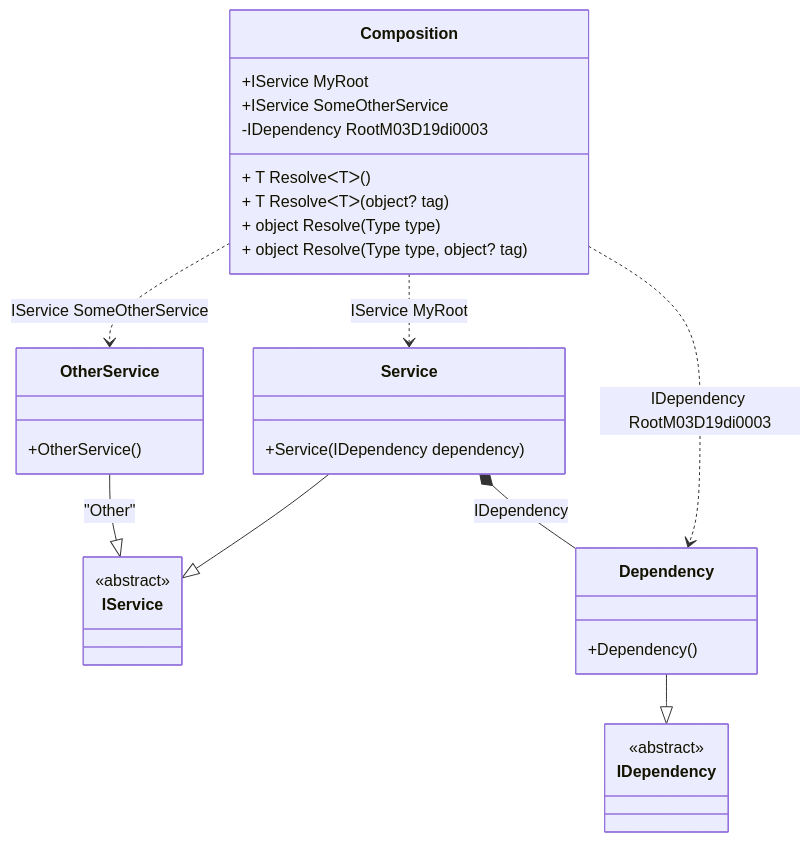
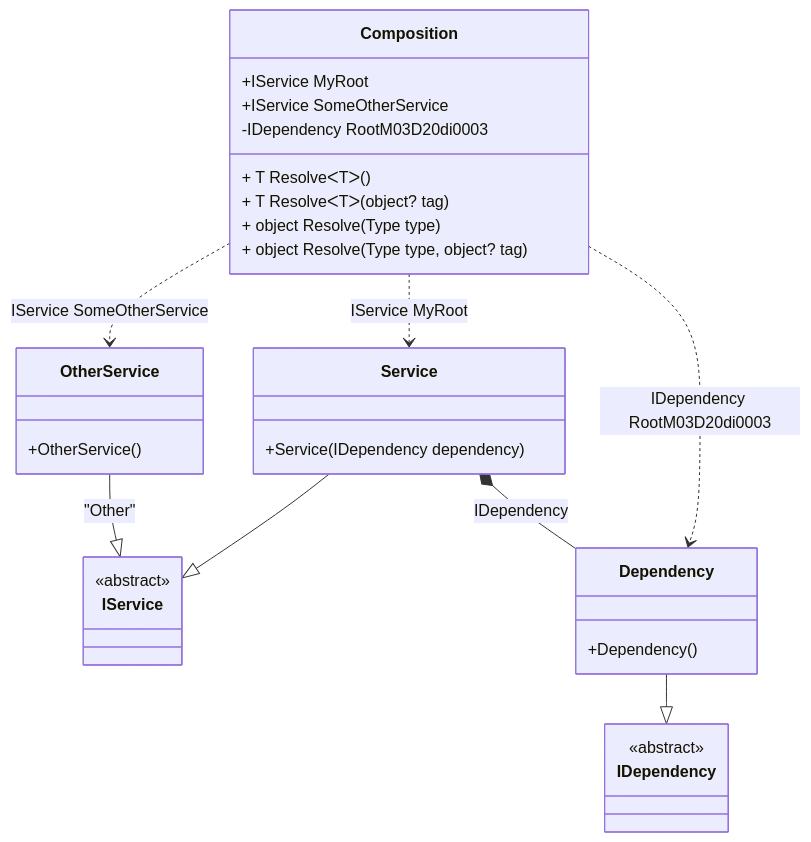
One commit to DevTeam/Pure.DI changed the diagram in readme/composition-roots.md. Above: the diagram before and after it, drawn with Mermaid. The commit also changed other lines of this file and 75 other files, not shown here.

````diff
--- a/readme/composition-roots.md
+++ b/readme/composition-roots.md
@@ -69,34 +69,34 @@
 ```mermaid
 classDiagram
   class Composition {
     +IService MyRoot
     +IService SomeOtherService
-    -IDependency RootM03D19di0003
+    -IDependency RootM03D20di0003
     + T ResolveᐸTᐳ()
     + T ResolveᐸTᐳ(object? tag)
     + object Resolve(Type type)
     + object Resolve(Type type, object? tag)
   }
   Service --|> IService : 
   class Service {
     +Service(IDependency dependency)
   }
   OtherService --|> IService : "Other" 
   class OtherService {
     +OtherService()
   }
   Dependency --|> IDependency : 
   class Dependency {
     +Dependency()
   }
   class IService {
     <<abstract>>
   }
   class IDependency {
     <<abstract>>
   }
   Service *--  Dependency : IDependency
   Composition ..> OtherService : IService SomeOtherService
   Composition ..> Service : IService MyRoot
-  Composition ..> Dependency : IDependency RootM03D19di0003
+  Composition ..> Dependency : IDependency RootM03D20di0003
 ```
````
